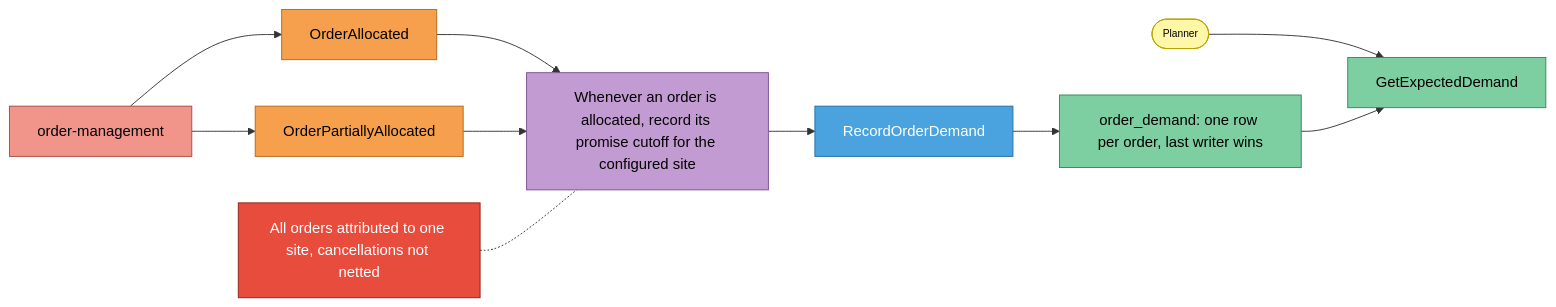
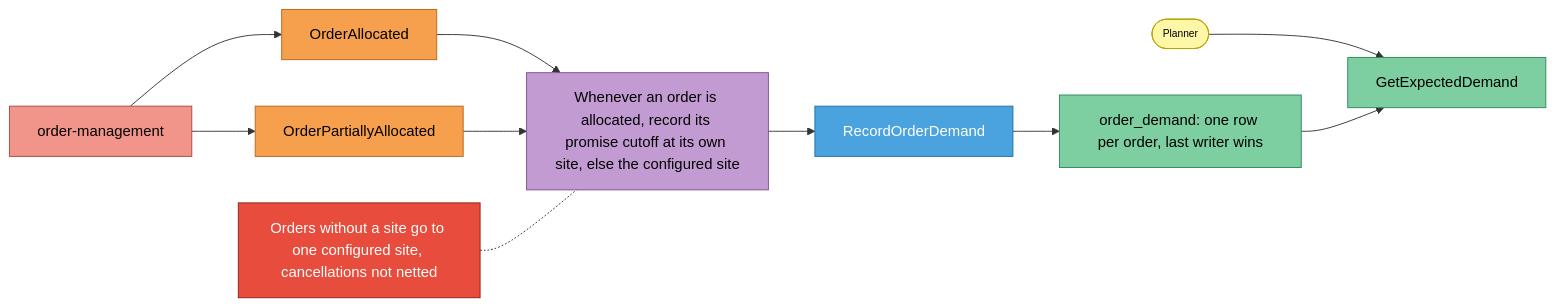
One commit to IQVO/warehouse-planning changed the fourth of 6 diagrams in docs/docs/ddd/eventstorming.md. Above: the diagram before and after it, drawn with Mermaid. The commit also changed other lines of this file and 36 other files, not shown here.

First line of the commit message:
feat(demand): attribute orders to the event's own site_id; labour reads site_code (ADR 0021)

````diff
--- a/docs/docs/ddd/eventstorming.md
+++ b/docs/docs/ddd/eventstorming.md
@@ -136,21 +136,21 @@
 ```mermaid
 flowchart LR
   OM[order-management]:::external --> E1[OrderAllocated]:::event
   OM --> E2[OrderPartiallyAllocated]:::event
-  E1 --> P1[Whenever an order is allocated, record its promise cutoff for the configured site]:::policy
+  E1 --> P1[Whenever an order is allocated, record its promise cutoff at its own site, else the configured site]:::policy
   E2 --> P1
   P1 --> C1[RecordOrderDemand]:::command
   C1 --> R1[order_demand: one row per order, last writer wins]:::readmodel
   PL([Planner]):::actor --> Q1[GetExpectedDemand]:::readmodel
   R1 --> Q1
-  H1[All orders attributed to one site, cancellations not netted]:::hotspot -.- P1
+  H1[Orders without a site go to one configured site, cancellations not netted]:::hotspot -.- P1
 
   classDef actor fill:#fff7a8,stroke:#b8a400,color:#000,font-size:11px
   classDef command fill:#4aa3df,stroke:#1f6fa3,color:#fff
   classDef aggregate fill:#f7d84a,stroke:#b39b12,color:#000
   classDef event fill:#f6a04d,stroke:#b8661c,color:#000
   classDef policy fill:#c39bd3,stroke:#7d4f91,color:#000
   classDef readmodel fill:#7dcea0,stroke:#2f8a57,color:#000
   classDef external fill:#f1948a,stroke:#a9483e,color:#000
   classDef hotspot fill:#e74c3c,stroke:#8e1f14,color:#fff
 ```
````
